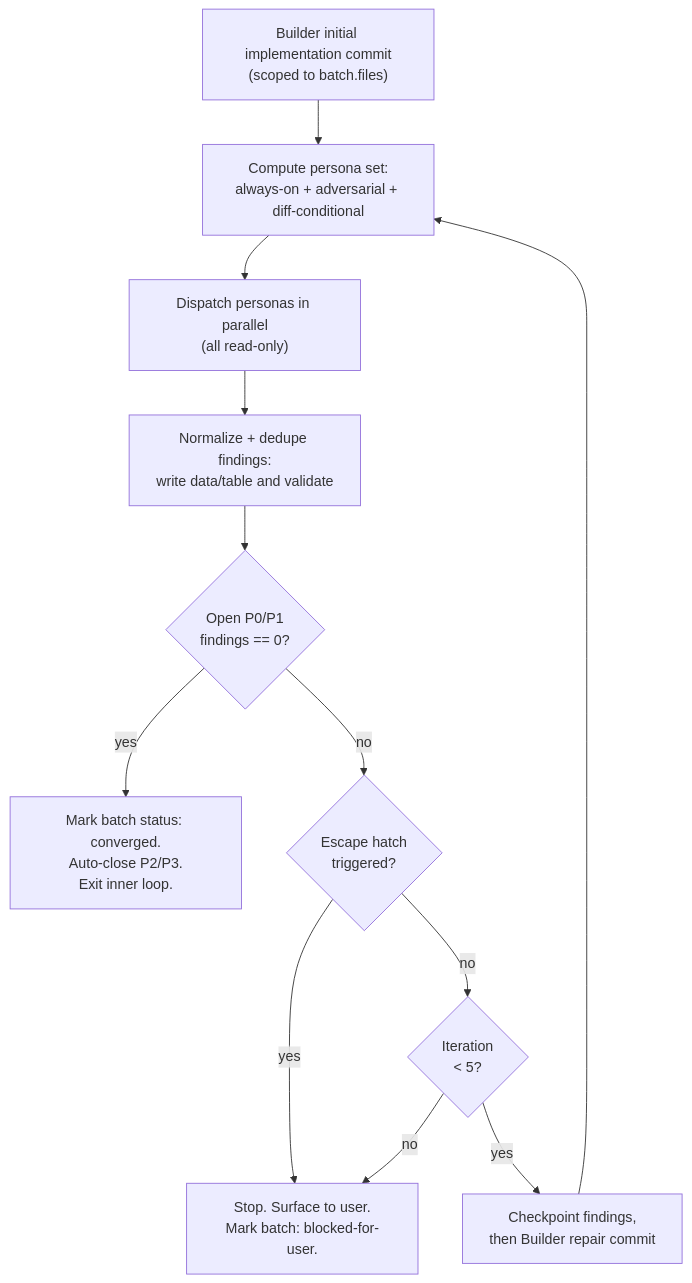
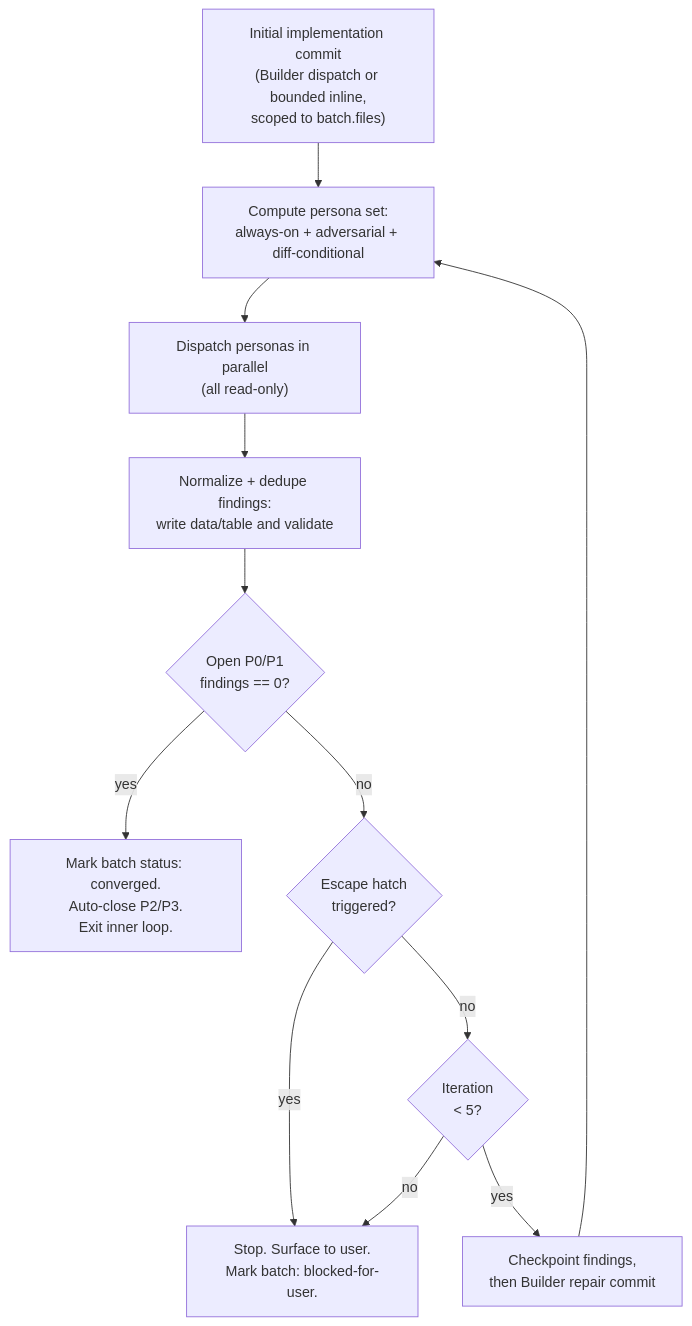
Before and after one commit to nathanvale/claude-code-config: the diagram in runbooks/issue-to-pr-v2/references/stage-4-batch-loop.md, drawn with Mermaid. The commit also changed other lines of this file and 1 other file, not shown here.

````diff
--- a/runbooks/issue-to-pr-v2/references/stage-4-batch-loop.md
+++ b/runbooks/issue-to-pr-v2/references/stage-4-batch-loop.md
@@ -178,14 +179,14 @@
 ```mermaid
 flowchart TD
-  IMPL["Builder initial implementation commit<br/>(scoped to batch.files)"] --> P["Compute persona set:<br/>always-on + adversarial + diff-conditional"]
+  IMPL["Initial implementation commit<br/>(Builder dispatch or bounded inline,<br/>scoped to batch.files)"] --> P["Compute persona set:<br/>always-on + adversarial + diff-conditional"]
   P --> V["Dispatch personas in parallel<br/>(all read-only)"]
   V --> F["Normalize + dedupe findings:<br/>write data/table and validate"]
   F --> G{"Open P0/P1<br/>findings == 0?"}
   G -->|yes| C["Mark batch status: converged.<br/>Auto-close P2/P3.<br/>Exit inner loop."]
   G -->|no| E{"Escape hatch<br/>triggered?"}
   E -->|yes| H["Stop. Surface to user.<br/>Mark batch: blocked-for-user."]
   E -->|no| CAP{"Iteration<br/>< 5?"}
   CAP -->|no| H
   CAP -->|yes| S["Checkpoint findings,<br/>then Builder repair commit"]
   S --> P
 ```
````
